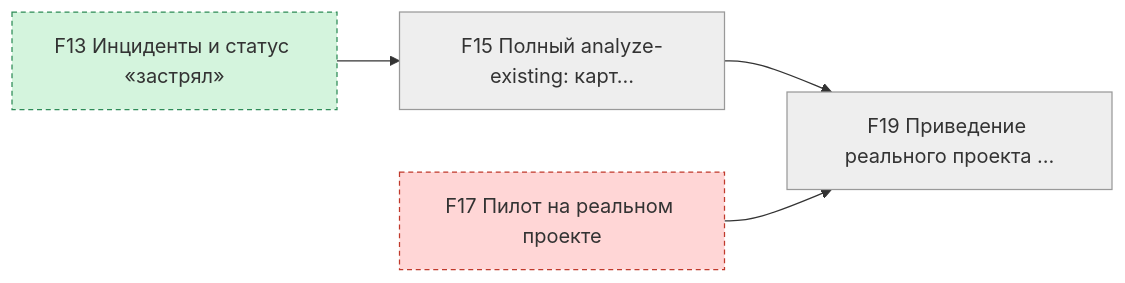
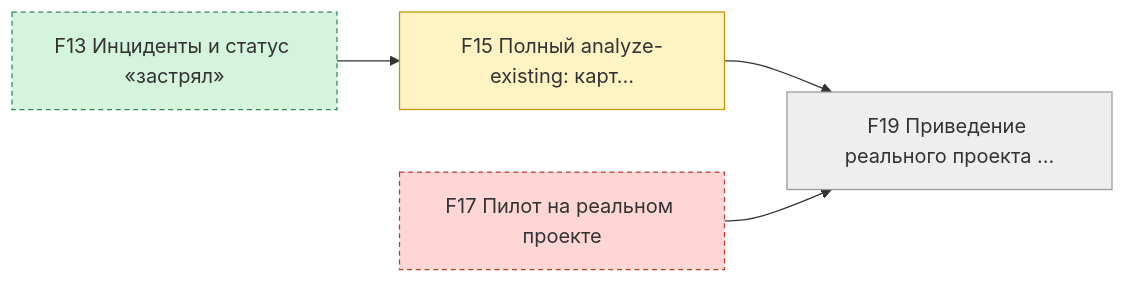
One commit to pete-doc/project-architect changed the fourth of 6 diagrams in state/STATUS.md. Above: the diagram before and after it, drawn with Mermaid. The commit also changed other lines of this file and 2 other files, not shown here.

````diff
--- a/state/STATUS.md
+++ b/state/STATUS.md
@@ -115,19 +115,20 @@
 ```mermaid
 graph LR
   F15["F15 Полный analyze-existing: карт…"]
   F19["F19 Приведение реального проекта …"]
   F13["F13 Инциденты и статус «застрял»"]
   F17["F17 Пилот на реальном проекте"]
   F13 --> F15
   F15 --> F19
   F17 --> F19
   classDef done fill:#d4f4dd,stroke:#2e8b57
   classDef work fill:#fff3c4,stroke:#c79100
   classDef blocked fill:#ffd6d6,stroke:#c0392b
   classDef later fill:#eeeeee,stroke:#999999
   classDef outside stroke-dasharray: 4 3
   class F13 done
+  class F15 work
   class F17 blocked
-  class F15,F19 later
+  class F19 later
   class F13,F17 outside
 ```
````
